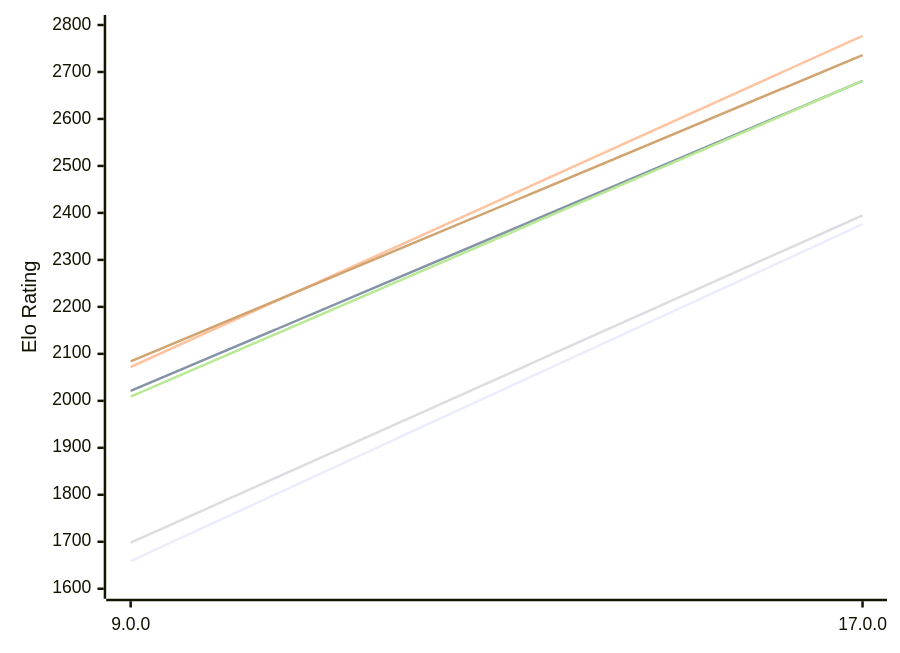
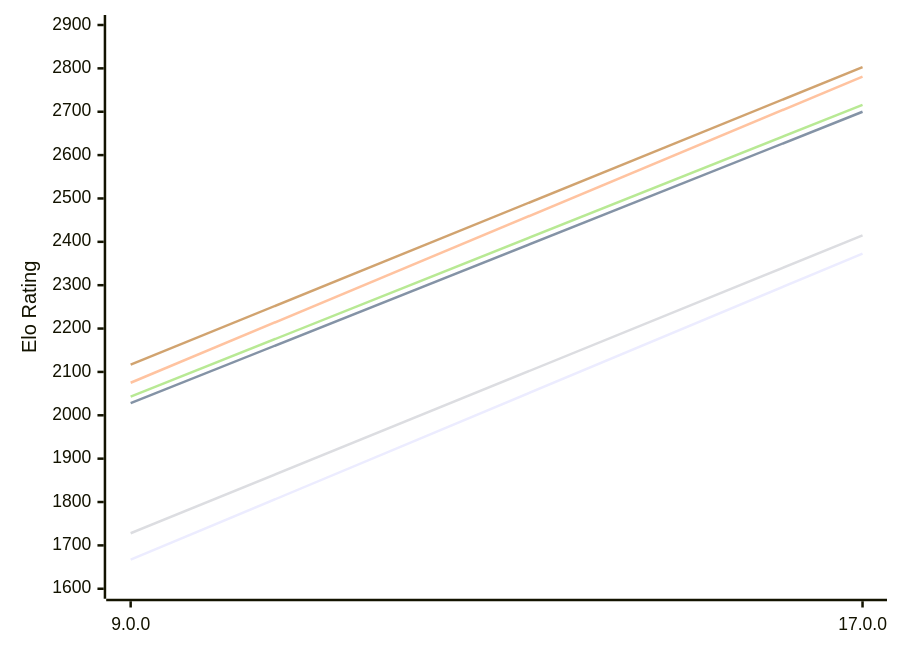
The first of 2 diagrams in engines/Cepimetheus.md (computer-chess-index/cci), drawn with Mermaid before and after one commit. The commit also changed other lines of this file, not shown here.

Commit message:
Update CCI Ratings (ELO VLTC) - 2026-11-01

````diff
--- a/engines/Cepimetheus.md
+++ b/engines/Cepimetheus.md
@@ -62,12 +62,12 @@
 ```mermaid
 %%{init: {"theme":"base","themeVariables":{"seriesColors:['#a3a3a3','#222221','#faa371']}}}%%
 xychart-beta
   x-axis ["9.0.0", "17.0.0"]
-  y-axis "Elo Rating" 1600 --> 2800
-  line "E1: STC (8.0+0.08s)" [1659, 2376]
-  line "E1: LTC (60.0+0.60s)" [2021, 2681]
-  line "E1: VLTC (2m24s+1.12s)" [2072, 2777]
-  line "P1: STC (8.0+0.08s)" [1698, 2395]
-  line "P1: LTC (60.0+0.60s)" [2009, 2681]
-  line "P1: VLTC (2m24s+1.12s)" [2084, 2736]
+  y-axis "Elo Rating" 1600 --> 2900
+  line "E1: STC (8.0+0.08s)" [1667, 2373]
+  line "E1: LTC (60.0+0.60s)" [2028, 2700]
+  line "E1: VLTC (2m24s+1.12s)" [2075, 2781]
+  line "P1: STC (8.0+0.08s)" [1728, 2415]
+  line "P1: LTC (60.0+0.60s)" [2043, 2716]
+  line "P1: VLTC (2m24s+1.12s)" [2117, 2803]
 ```
````
